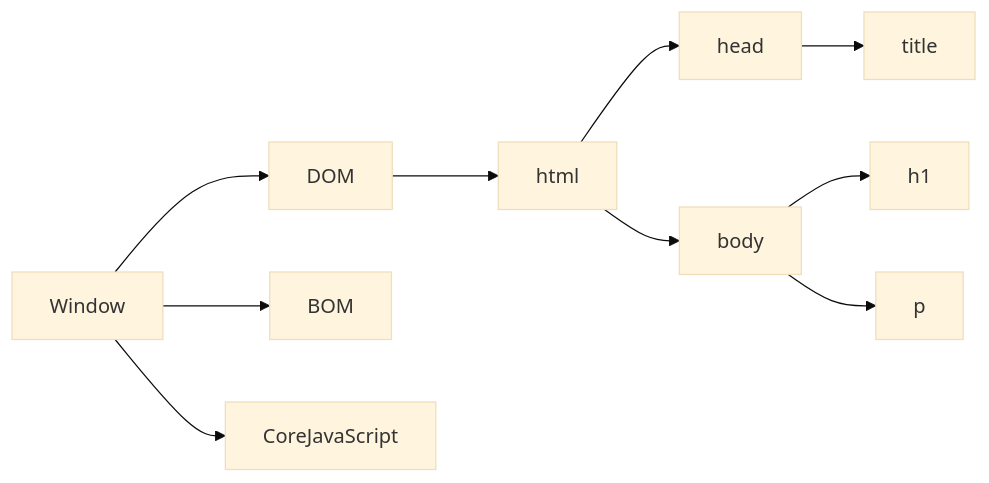
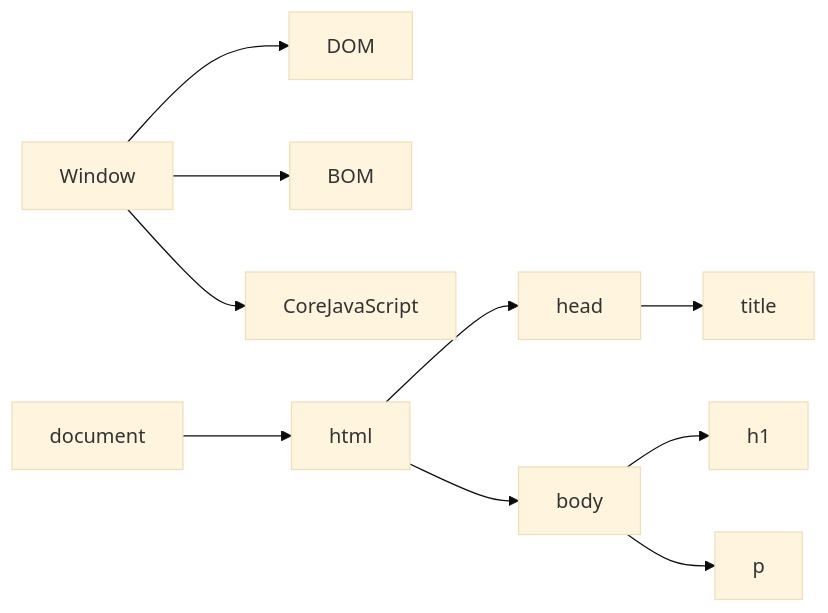
The third of 3 diagrams in DOM.md (siddharthkumarrai/Javascript_guide), drawn with Mermaid (base theme) before and after one commit.

````diff
--- a/DOM.md
+++ b/DOM.md
@@ -30,13 +30,13 @@
 ```mermaid
 graph LR;
     Window --> DOM;
     Window --> BOM;
     Window --> CoreJavaScript;
     
-    DOM --> html;
+    document --> html;
     html --> head;
     html --> body;
     head --> title;
     body --> h1;
     body --> p;
 ```
````
